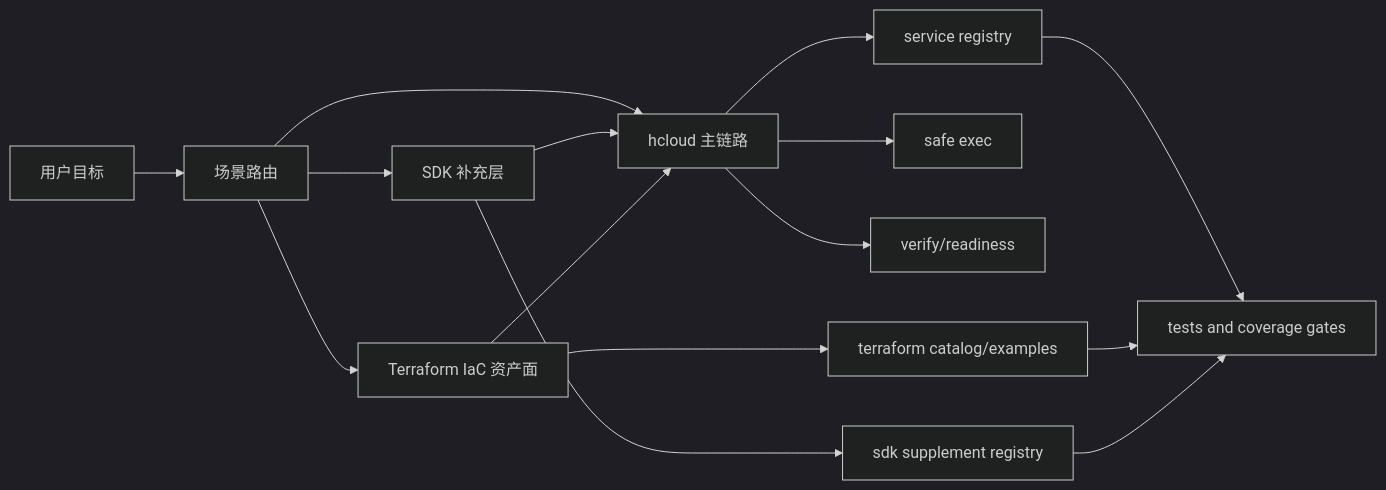
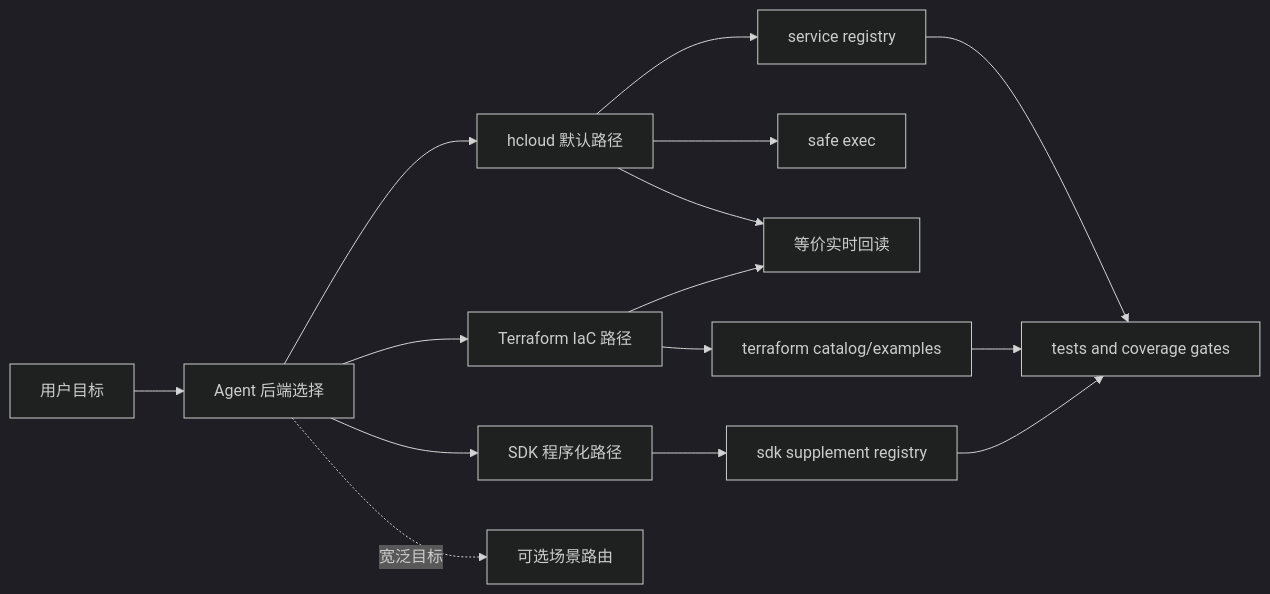
Before and after one commit to pipixia-labs/huaweicloud-skill: the diagram in docs/README.md, drawn with Mermaid (dark theme). The commit also changed other lines of this file and 43 other files, not shown here.

````diff
--- a/docs/README.md
+++ b/docs/README.md
@@ -16,17 +19,17 @@
 ```mermaid
 flowchart LR
-    Goal["用户目标"] --> Router["场景路由"]
-    Router --> HCloud["hcloud 主链路"]
-    Router --> SDK["SDK 补充层"]
-    Router --> Terraform["Terraform IaC 资产面"]
+    Goal["用户目标"] --> Select["Agent 后端选择"]
+    Select --> HCloud["hcloud 默认路径"]
+    Select --> SDK["SDK 程序化路径"]
+    Select --> Terraform["Terraform IaC 路径"]
+    Select -.宽泛目标.-> Router["可选场景路由"]
     HCloud --> Registry["service registry"]
     HCloud --> SafeExec["safe exec"]
     HCloud --> Verify["verify/readiness"]
     SDK --> SDKRegistry["sdk supplement registry"]
-    SDK --> HCloud
     Terraform --> TFCatalog["terraform catalog/examples"]
-    Terraform --> HCloud
+    Terraform --> Verify["等价实时回读"]
     Registry --> Tests["tests and coverage gates"]
     TFCatalog --> Tests
     SDKRegistry --> Tests
 ```
````
